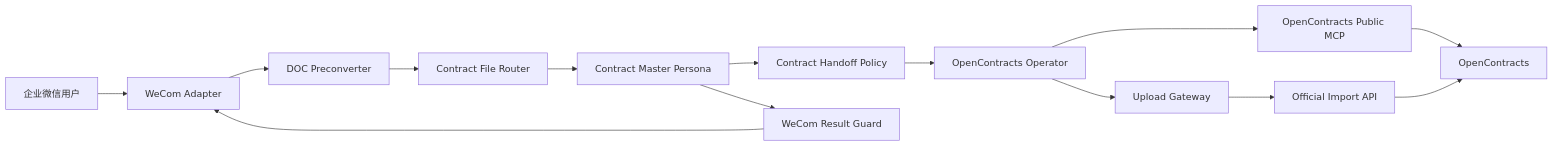
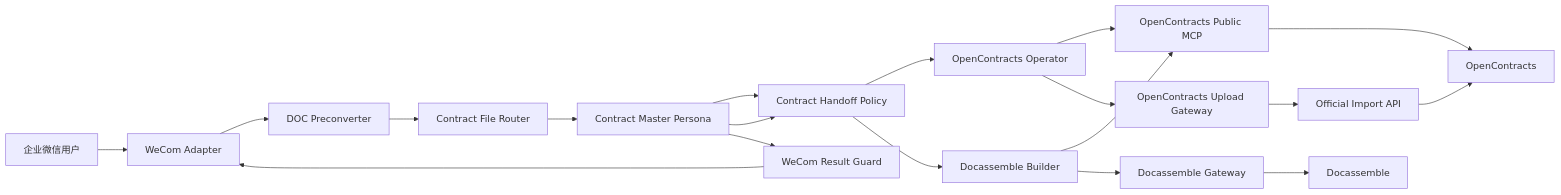
The diagram in README.md (Ri0n72Y/ContractBotConfig), drawn with Mermaid before and after one commit. The commit also changed other lines of this file, not shown here.

Commit message:
docs: document Docassemble gateway and Builder binding

````diff
--- a/README.md
+++ b/README.md
@@ -17,21 +17,27 @@
 ```mermaid
 flowchart LR
     User[企业微信用户]
     WeCom[WeCom Adapter]
     Convert[DOC Preconverter]
     Router[Contract File Router]
     Master[Contract Master Persona]
     Handoff[Contract Handoff Policy]
     Operator[OpenContracts Operator]
     MCP[OpenContracts Public MCP]
-    Gateway[Upload Gateway]
+    UploadGateway[OpenContracts Upload Gateway]
     API[Official Import API]
     OC[OpenContracts]
+    Builder[Docassemble Builder]
+    DAGateway[Docassemble Gateway]
+    DA[Docassemble]
     Guard[WeCom Result Guard]
 
     User --> WeCom --> Convert --> Router --> Master
     Master --> Handoff --> Operator
     Operator --> MCP --> OC
-    Operator --> Gateway --> API --> OC
+    Operator --> UploadGateway --> API --> OC
+    Master --> Handoff --> Builder
+    Builder --> MCP
+    Builder --> DAGateway --> DA
     Master --> Guard --> WeCom
 ```
````
